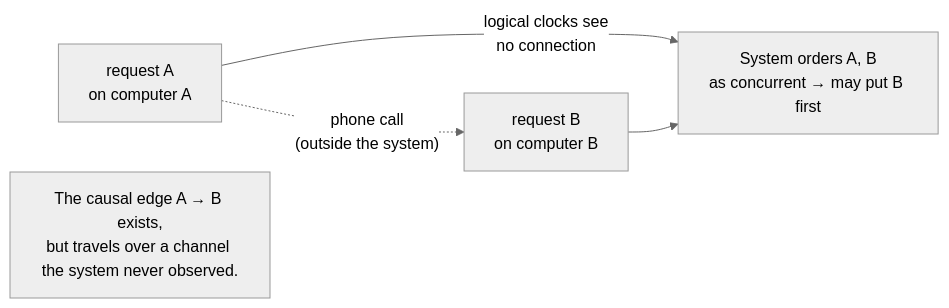
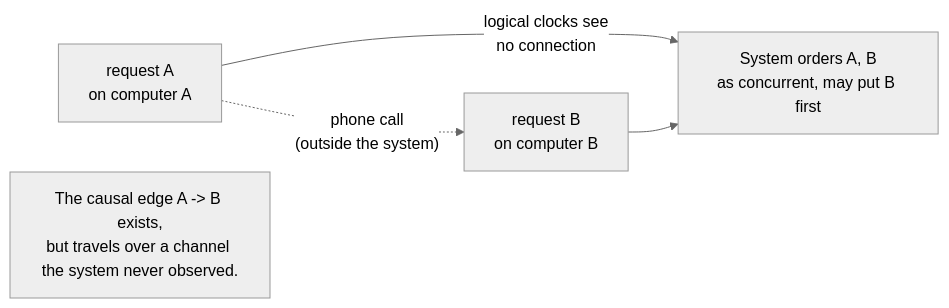
Before and after one commit to amarshat/cs-seminars: the diagram in 04-leslie-lamport-time-clocks-ordering/05-physical-clocks-and-the-anomaly.md, drawn with Mermaid (neutral theme). The commit also changed 13 other files, not shown here.

````diff
--- a/04-leslie-lamport-time-clocks-ordering/05-physical-clocks-and-the-anomaly.md
+++ b/04-leslie-lamport-time-clocks-ordering/05-physical-clocks-and-the-anomaly.md
@@ -15,7 +15,7 @@
 ```mermaid
 flowchart LR
     A["request A<br/>on computer A"] -.->|"phone call<br/>(outside the system)"| B["request B<br/>on computer B"]
-    A -->|"logical clocks see<br/>no connection"| sys["System orders A, B<br/>as concurrent → may put B first"]
+    A -->|"logical clocks see<br/>no connection"| sys["System orders A, B<br/>as concurrent, may put B first"]
     B --> sys
-    note["The causal edge A → B exists,<br/>but travels over a channel the system never observed."]
+    note["The causal edge A -> B exists,<br/>but travels over a channel the system never observed."]
 ```
````
